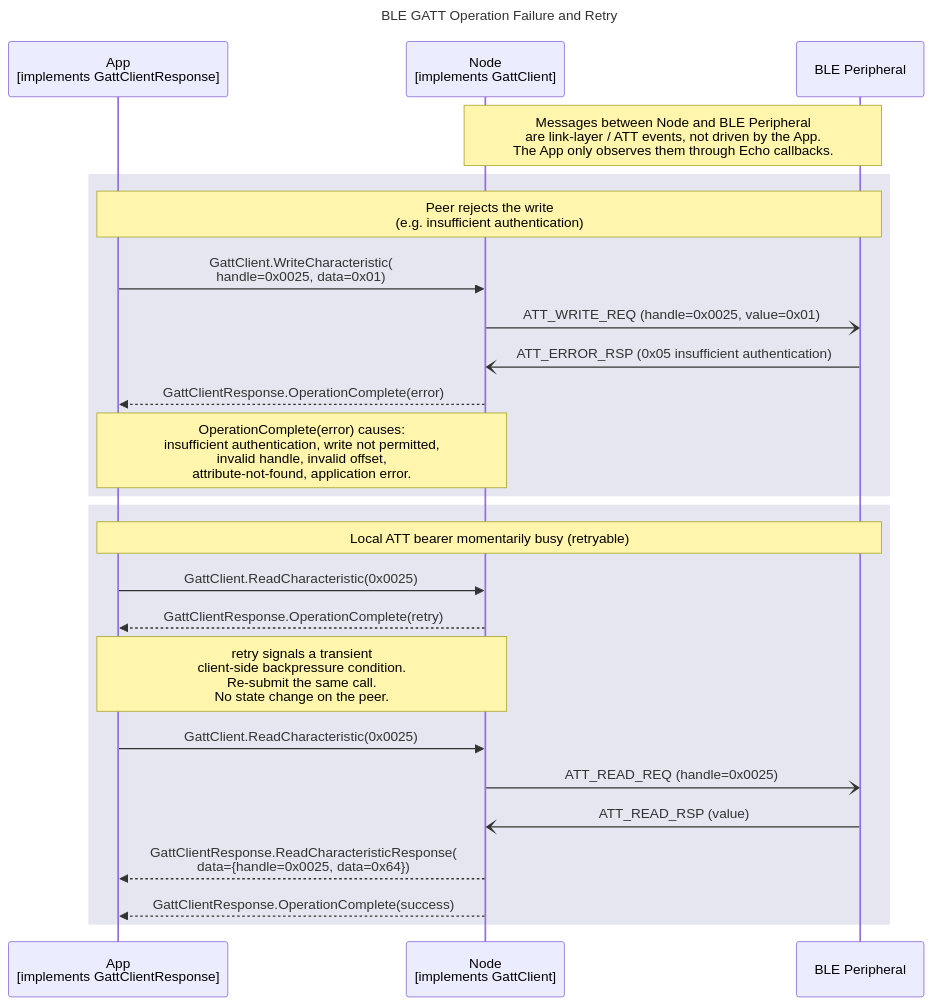
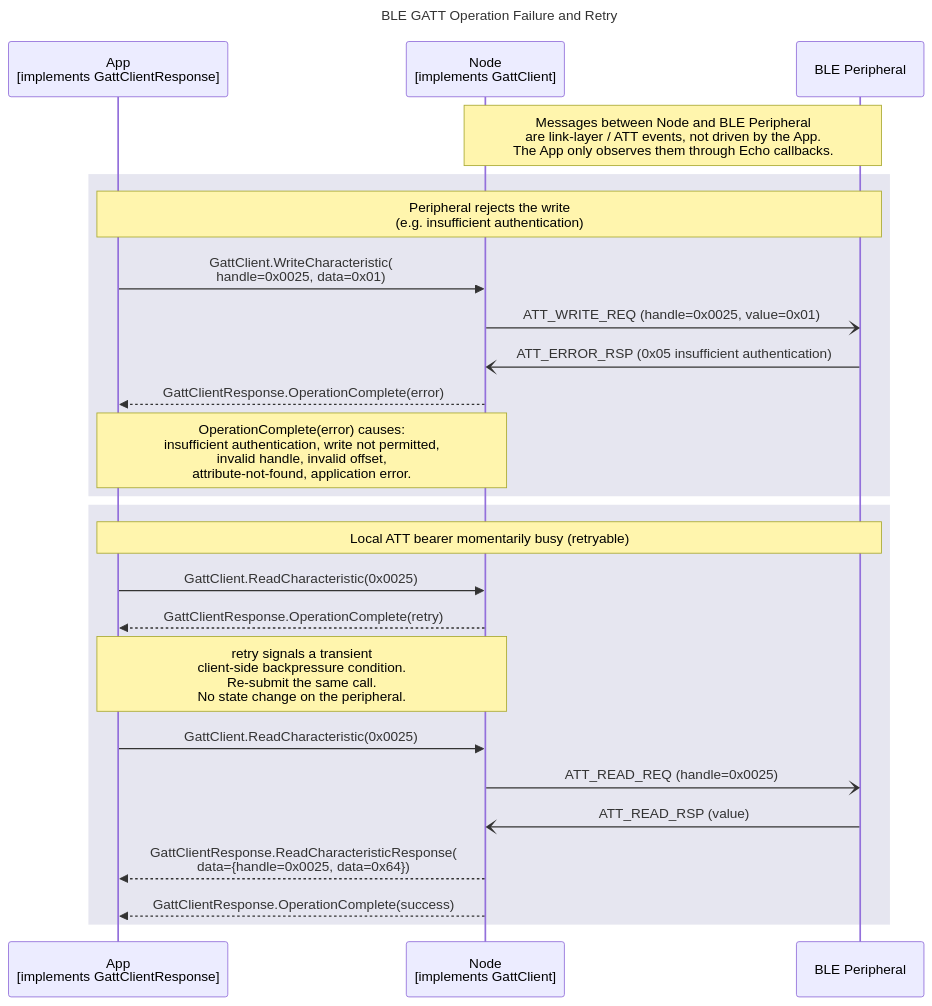
The diagram in documents/modules/ROOT/partials/echoservices/gatt_client/GattClient_OperationFailure_sequence.mmd (philips-software/amp-embedded-infra-lib), drawn with Mermaid before and after one commit. The commit also changed 16 other files, not shown here.

```diff
--- a/documents/modules/ROOT/partials/echoservices/gatt_client/GattClient_OperationFailure_sequence.mmd
+++ b/documents/modules/ROOT/partials/echoservices/gatt_client/GattClient_OperationFailure_sequence.mmd
@@ -1,30 +1,30 @@
 sequenceDiagram
     title BLE GATT Operation Failure and Retry
 
     participant App as App<br>[implements GattClientResponse]
     participant Node as Node<br>[implements GattClient]
     participant Peripheral as BLE Peripheral
 
     Note over Node, Peripheral: Messages between Node and BLE Peripheral<br>are link-layer / ATT events, not driven by the App.<br>The App only observes them through Echo callbacks.
 
     rect rgb(230, 230, 240)
-        note over App, Peripheral: Peer rejects the write<br>(e.g. insufficient authentication)
+        note over App, Peripheral: Peripheral rejects the write<br>(e.g. insufficient authentication)
         App->>Node: GattClient.WriteCharacteristic(<br>handle=0x0025, data=0x01)
         Node-)Peripheral: ATT_WRITE_REQ (handle=0x0025, value=0x01)
         Peripheral-)Node: ATT_ERROR_RSP (0x05 insufficient authentication)
         Node-->>App: GattClientResponse.OperationComplete(error)
         Note over App, Node: OperationComplete(error) causes:<br>insufficient authentication, write not permitted,<br>invalid handle, invalid offset,<br>attribute-not-found, application error.
     end
 
     rect rgb(230, 230, 240)
         note over App, Peripheral: Local ATT bearer momentarily busy (retryable)
         App->>Node: GattClient.ReadCharacteristic(0x0025)
         Node-->>App: GattClientResponse.OperationComplete(retry)
-        Note over App, Node: retry signals a transient<br>client-side backpressure condition.<br>Re-submit the same call.<br>No state change on the peer.
+        Note over App, Node: retry signals a transient<br>client-side backpressure condition.<br>Re-submit the same call.<br>No state change on the peripheral.
 
         App->>Node: GattClient.ReadCharacteristic(0x0025)
         Node-)Peripheral: ATT_READ_REQ (handle=0x0025)
         Peripheral-)Node: ATT_READ_RSP (value)
         Node-->>App: GattClientResponse.ReadCharacteristicResponse(<br>data={handle=0x0025, data=0x64})
         Node-->>App: GattClientResponse.OperationComplete(success)
     end
```
